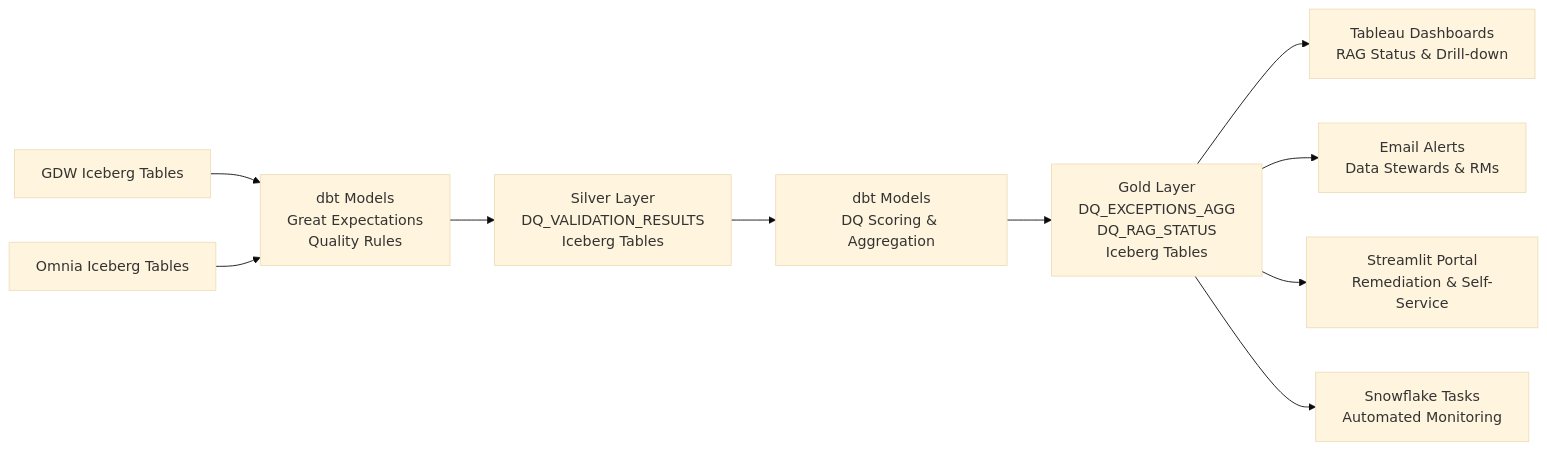
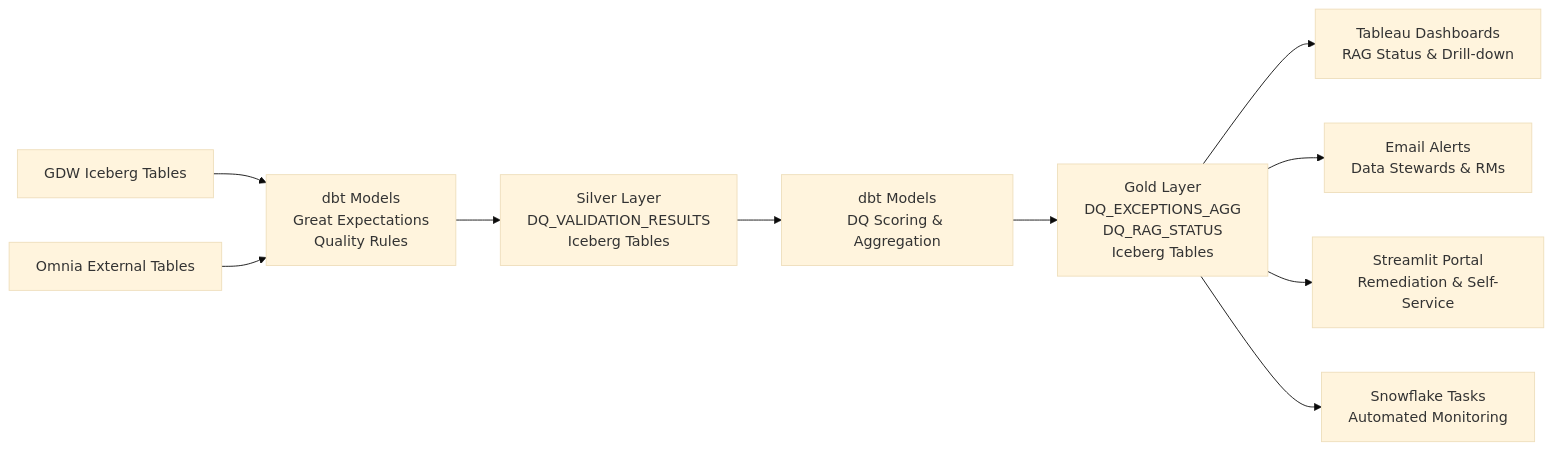
Before and after one commit to sfc-gh-mhindi/REPO_CBA: diagram 22 of 22 in 15-BB-QPD Future State/QPD - Future State.md, drawn with Mermaid (base theme). The commit also changed other lines of this file, not shown here.

````diff
--- a/15-BB-QPD Future State/QPD - Future State.md
+++ b/15-BB-QPD Future State/QPD - Future State.md
@@ -1836,12 +1840,12 @@
 ```mermaid
 graph LR
     GDW[GDW Iceberg Tables] --> DQ_Rules[dbt Models<br/>Great Expectations<br/>Quality Rules]
-    Omnia[Omnia Iceberg Tables] --> DQ_Rules
+    Omnia[Omnia External Tables] --> DQ_Rules
     DQ_Rules --> Silver[Silver Layer<br/>DQ_VALIDATION_RESULTS<br/>Iceberg Tables]
     Silver --> dbt_gold[dbt Models<br/>DQ Scoring & Aggregation]
     dbt_gold --> Gold[Gold Layer<br/>DQ_EXCEPTIONS_AGG<br/>DQ_RAG_STATUS<br/>Iceberg Tables]
     Gold --> Tableau[Tableau Dashboards<br/>RAG Status & Drill-down]
     Gold --> Alerts[Email Alerts<br/>Data Stewards & RMs]
     Gold --> Streamlit[Streamlit Portal<br/>Remediation & Self-Service]
     Gold --> Tasks[Snowflake Tasks<br/>Automated Monitoring]
 ```
````
